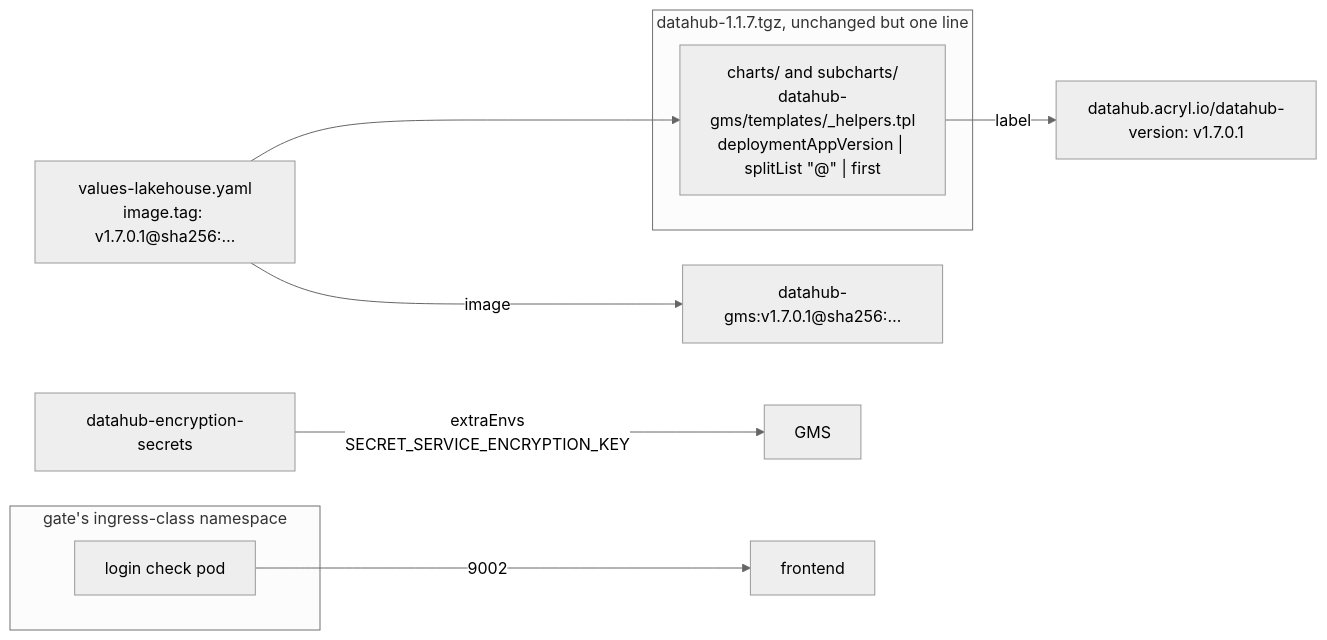
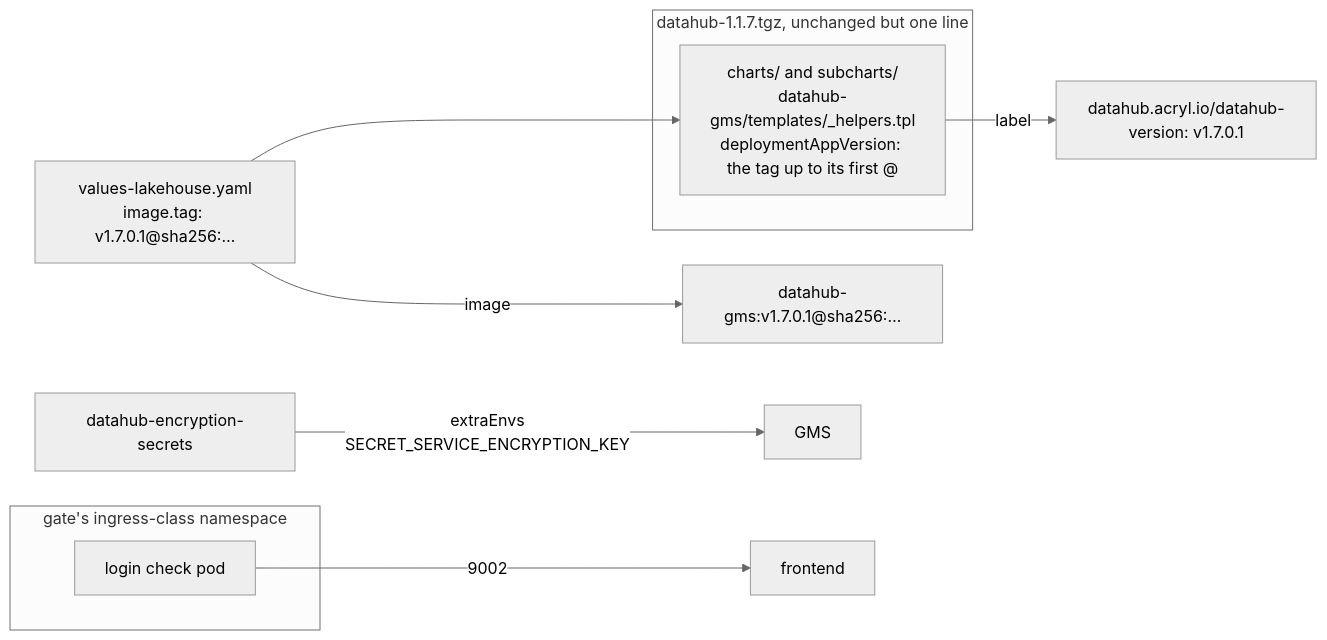
The diagram in docs/adr/072-datahubs-chart-gets-one-patched-line-so-gms-runs-by-digest-and-three-of-adr-071s-details-follow-the-chart-as-it-is.md (enjay27/lakehouse), drawn with Mermaid (neutral theme) before and after one commit.

Commit message:
ADR-072: the diagram's label has no quote marks, so GitHub renders it
GitHub turns &quot; back into " before Mermaid parses, so the label
'splitList &quot;@&quot; | first' ended the quoted label early and the
diagram did not render. The label now says "the tag up to its first @".

Verified: mermaid 11.4.1 parses the diagram; the old label, with the
entities decoded as GitHub does, fails with GitHub's error. adr_check and
repo_check pass.

````diff
--- a/docs/adr/072-datahubs-chart-gets-one-patched-line-so-gms-runs-by-digest-and-three-of-adr-071s-details-follow-the-chart-as-it-is.md
+++ b/docs/adr/072-datahubs-chart-gets-one-patched-line-so-gms-runs-by-digest-and-three-of-adr-071s-details-follow-the-chart-as-it-is.md
@@ -114,14 +114,14 @@
 ```mermaid
 flowchart LR
     subgraph ARCH["datahub-1.1.7.tgz, unchanged but one line"]
-        H["charts/ and subcharts/<br/>datahub-gms/templates/_helpers.tpl<br/>deploymentAppVersion | splitList &quot;@&quot; | first"]
+        H["charts/ and subcharts/<br/>datahub-gms/templates/_helpers.tpl<br/>deploymentAppVersion: the tag up to its first @"]
     end
     V["values-lakehouse.yaml<br/>image.tag: v1.7.0.1@sha256:…"] --> H
     H -->|"label"| L["datahub.acryl.io/datahub-version: v1.7.0.1"]
     V -->|"image"| I["datahub-gms:v1.7.0.1@sha256:…"]
     S["datahub-encryption-secrets"] -->|"extraEnvs<br/>SECRET_SERVICE_ENCRYPTION_KEY"| G["GMS"]
     subgraph ING["gate's ingress-class namespace"]
         P["login check pod"]
     end
     P -->|"9002"| F["frontend"]
 ```
````
